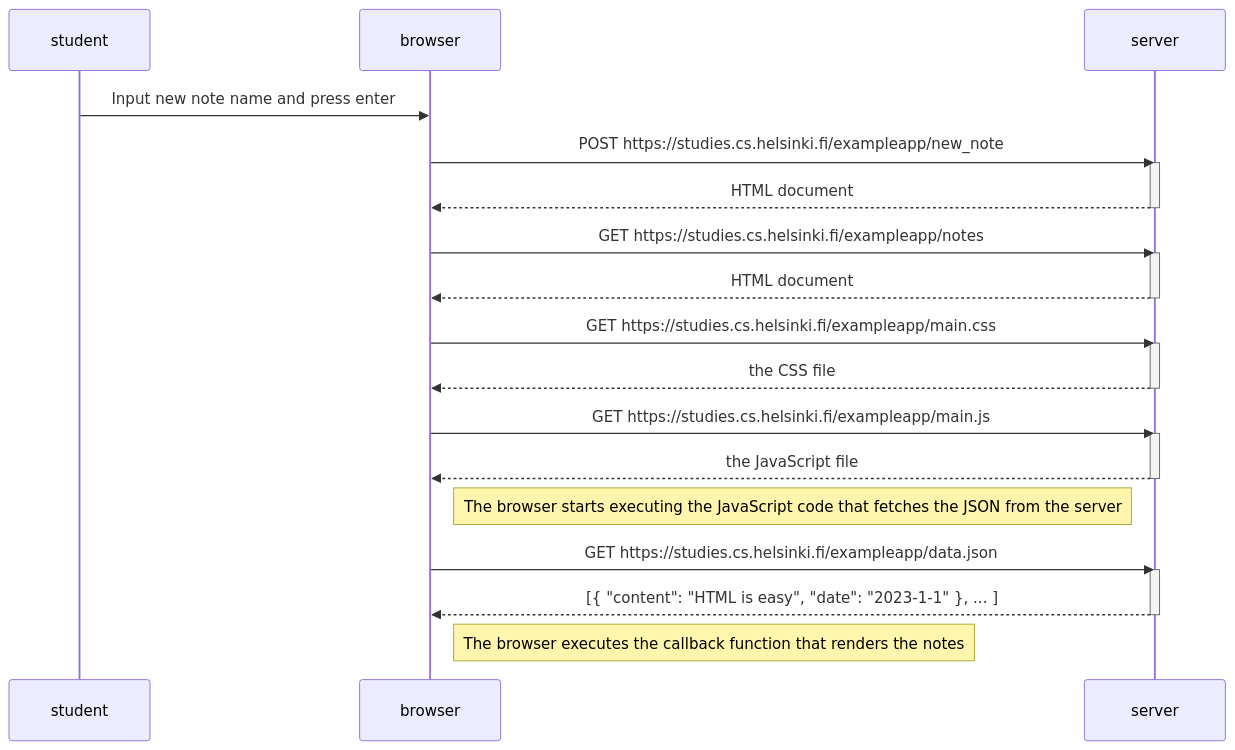
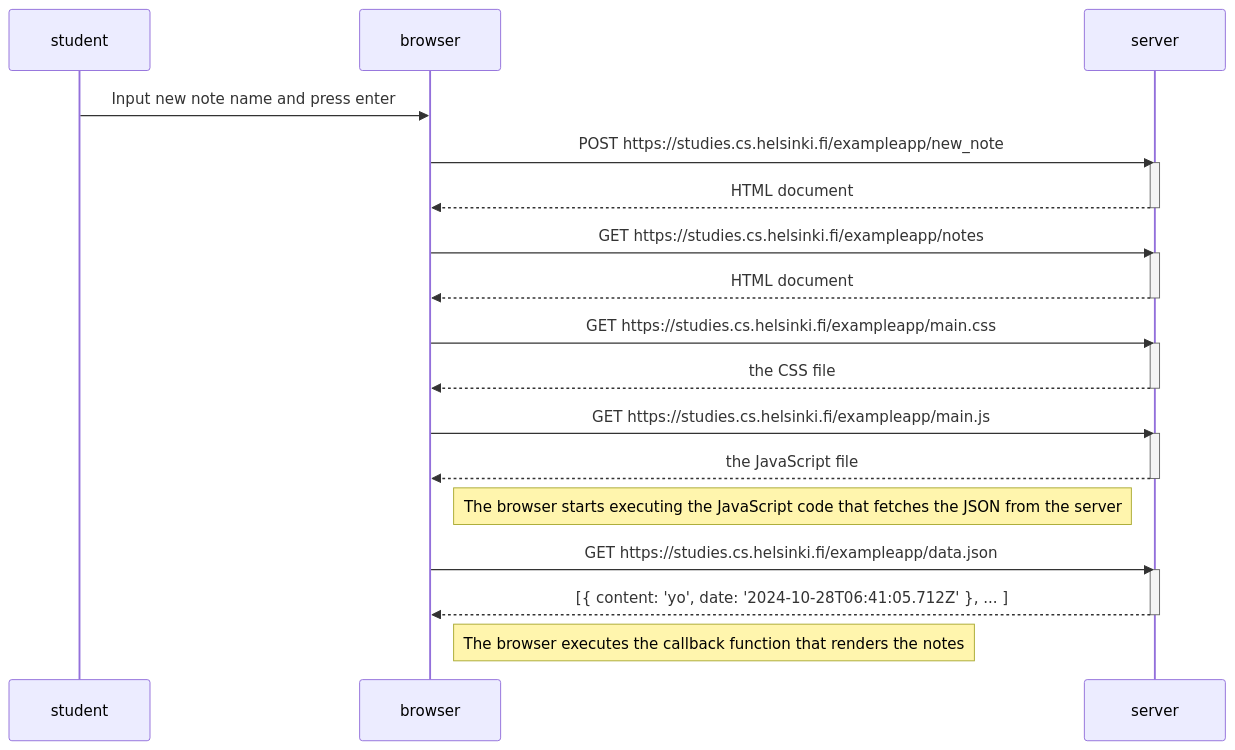
The diagram in part0/README.md (ExtranoDev/fullstackopen), drawn with Mermaid before and after one commit.

````diff
--- a/part0/README.md
+++ b/part0/README.md
@@ -3,37 +3,37 @@
 ```mermaid
 sequenceDiagram
     participant student
     participant browser
     participant server
 
     student->>browser: Input new note name and press enter
 
     browser->>server: POST https://studies.cs.helsinki.fi/exampleapp/new_note
     activate server
     server-->>browser: HTML document
     deactivate server
 
     browser->>server: GET https://studies.cs.helsinki.fi/exampleapp/notes
     activate server
     server-->>browser: HTML document
     deactivate server
 
     browser->>server: GET https://studies.cs.helsinki.fi/exampleapp/main.css
     activate server
     server-->>browser: the CSS file
     deactivate server
 
     browser->>server: GET https://studies.cs.helsinki.fi/exampleapp/main.js
     activate server
     server-->>browser: the JavaScript file
     deactivate server
 
     Note right of browser: The browser starts executing the JavaScript code that fetches the JSON from the server
 
     browser->>server: GET https://studies.cs.helsinki.fi/exampleapp/data.json
     activate server
-    server-->>browser: [{ "content": "HTML is easy", "date": "2023-1-1" }, ... ]
+    server-->>browser: [{ content: 'yo', date: '2024-10-28T06:41:05.712Z' }, ... ]
     deactivate server
 
     Note right of browser: The browser executes the callback function that renders the notes
 ```
````
